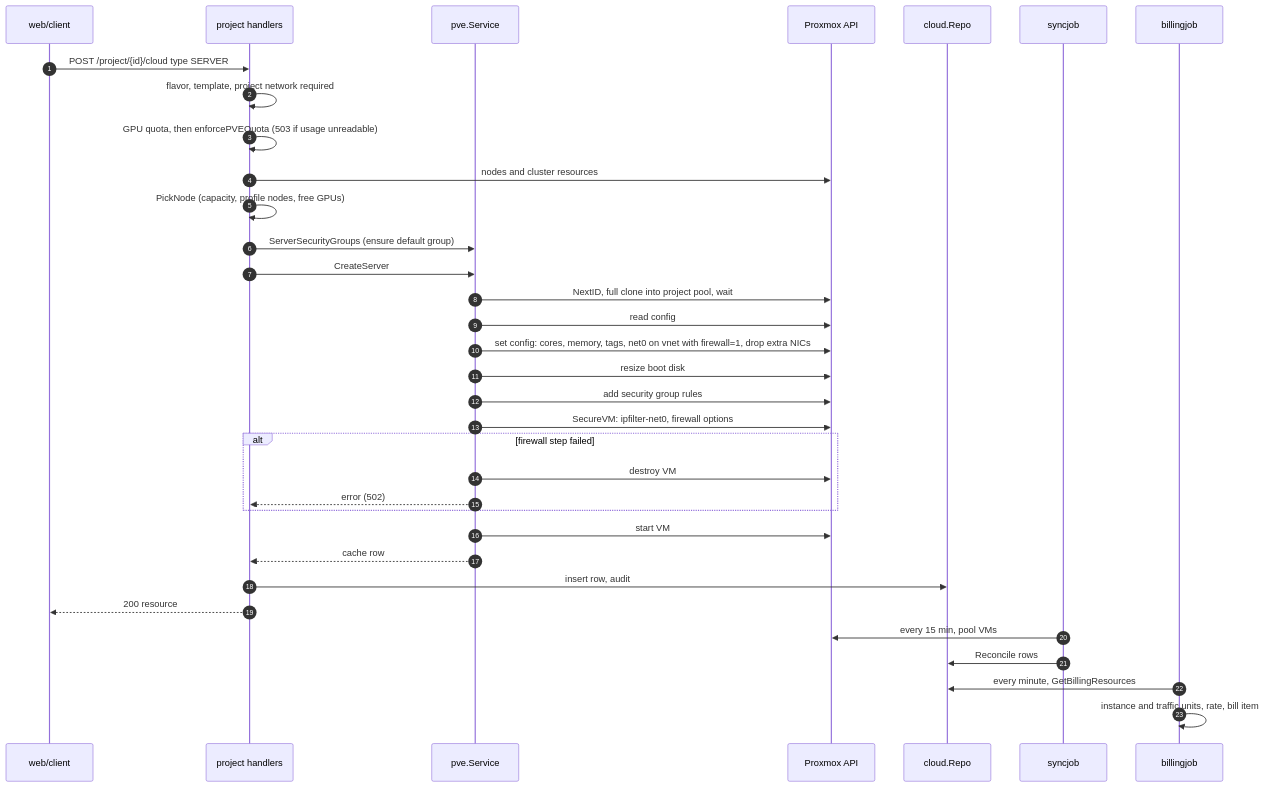
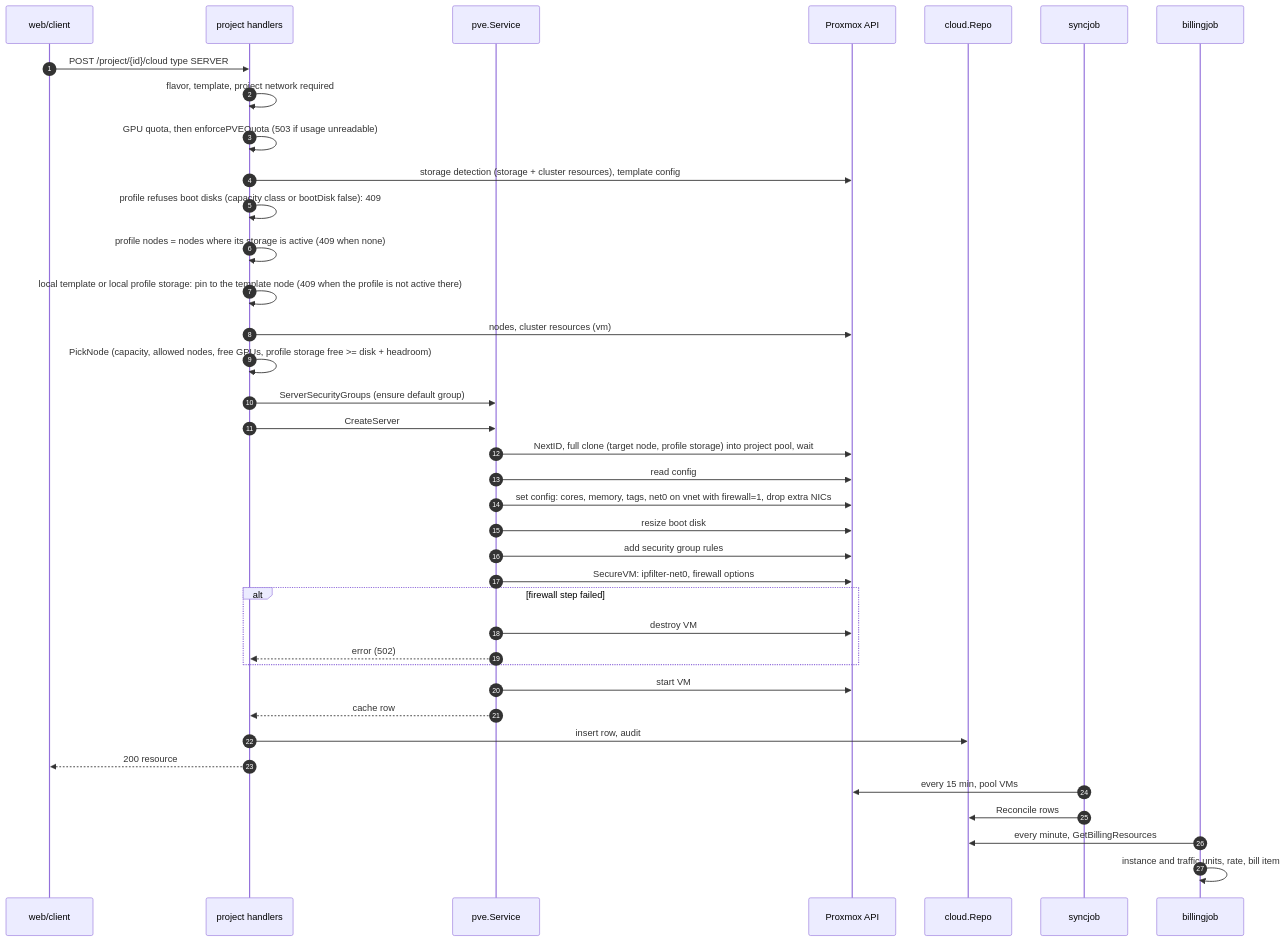
One commit to mutex-solutions/proxcloud changed the fourth of 7 diagrams in docs/architecture/c4/c4-code.md. Above: the diagram before and after it, drawn with Mermaid. The commit also changed 51 other files, not shown here.

````diff
--- a/docs/architecture/c4/c4-code.md
+++ b/docs/architecture/c4/c4-code.md
@@ -203,37 +203,41 @@
 ```mermaid
 sequenceDiagram
   autonumber
   participant SPA as web/client
   participant H as project handlers
   participant PS as pve.Service
   participant PVE as Proxmox API
   participant R as cloud.Repo
   participant SJ as syncjob
   participant BJ as billingjob
 
   SPA->>H: POST /project/{id}/cloud type SERVER
   H->>H: flavor, template, project network required
   H->>H: GPU quota, then enforcePVEQuota (503 if usage unreadable)
-  H->>PVE: nodes and cluster resources
-  H->>H: PickNode (capacity, profile nodes, free GPUs)
+  H->>PVE: storage detection (storage + cluster resources), template config
+  H->>H: profile refuses boot disks (capacity class or bootDisk false): 409
+  H->>H: profile nodes = nodes where its storage is active (409 when none)
+  H->>H: local template or local profile storage: pin to the template node (409 when the profile is not active there)
+  H->>PVE: nodes, cluster resources (vm)
+  H->>H: PickNode (capacity, allowed nodes, free GPUs, profile storage free >= disk + headroom)
   H->>PS: ServerSecurityGroups (ensure default group)
   H->>PS: CreateServer
-  PS->>PVE: NextID, full clone into project pool, wait
+  PS->>PVE: NextID, full clone (target node, profile storage) into project pool, wait
   PS->>PVE: read config
   PS->>PVE: set config: cores, memory, tags, net0 on vnet with firewall=1, drop extra NICs
   PS->>PVE: resize boot disk
   PS->>PVE: add security group rules
   PS->>PVE: SecureVM: ipfilter-net0, firewall options
   alt firewall step failed
     PS->>PVE: destroy VM
     PS-->>H: error (502)
   end
   PS->>PVE: start VM
   PS-->>H: cache row
   H->>R: insert row, audit
   H-->>SPA: 200 resource
   SJ->>PVE: every 15 min, pool VMs
   SJ->>R: Reconcile rows
   BJ->>R: every minute, GetBillingResources
   BJ->>BJ: instance and traffic units, rate, bill item
 ```
````
